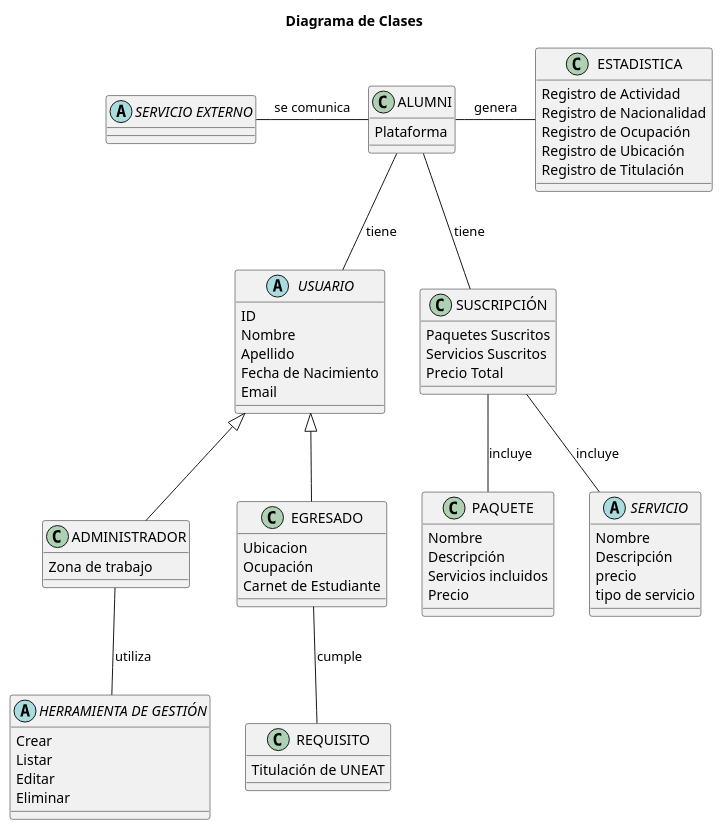
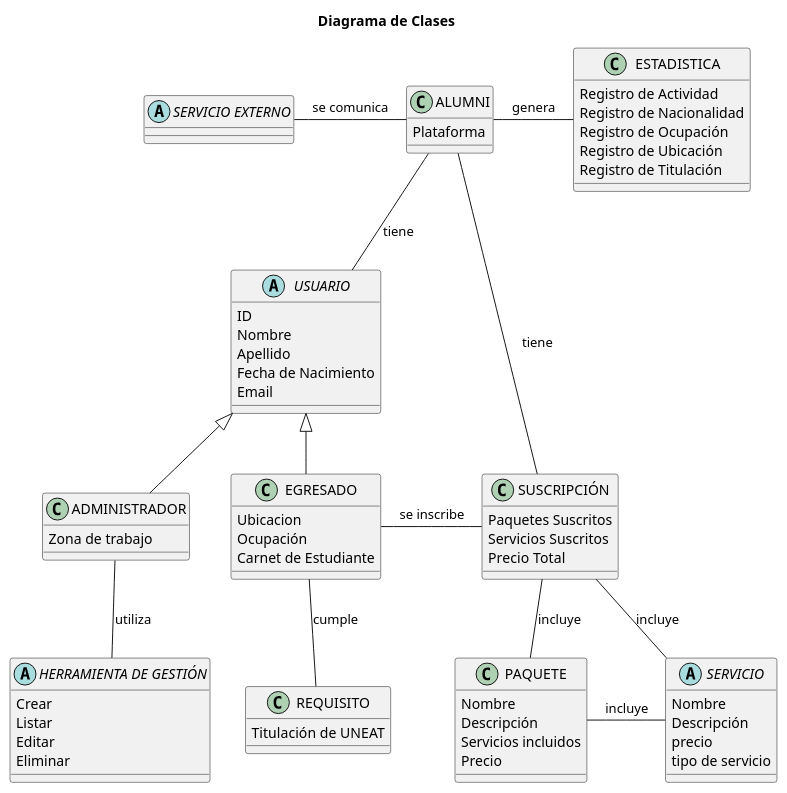
One commit to mmasias/23-24-IdSw1-SDR changed the diagram in Modelos_de_Dominio/Modelos_Finales/Tercera_Iteración/Diagrama_de_Clases/Diagrama_de_Clases.puml. Above: the diagram before and after it, drawn with PlantUML.

Commit message:
added quick changes

```diff
--- a/Modelos_de_Dominio/Modelos_Finales/Tercera_Iteración/Diagrama_de_Clases/Diagrama_de_Clases.puml
+++ b/Modelos_de_Dominio/Modelos_Finales/Tercera_Iteración/Diagrama_de_Clases/Diagrama_de_Clases.puml
@@ -1,94 +1,96 @@
 @startuml AumniClasses
 
 title Diagrama de Clases
 
 '!theme amiga
 skinparam backgroundColor white
 skinparam defaultFontName Arial
 
 class ALUMNI 
 {
    Plataforma
 }
 
 abstract "SERVICIO EXTERNO" {}
 
 abstract USUARIO 
 {
     ID
     Nombre 
     Apellido
     Fecha de Nacimiento
     Email
 }
 
 class EGRESADO 
 {
     Ubicacion
     Ocupación
     Carnet de Estudiante
 }
 
 class ADMINISTRADOR 
 {
     Zona de trabajo
 }
 
 class REQUISITO 
 {
     Titulación de UNEAT
 }
 
 class ESTADISTICA 
 {
     Registro de Actividad
     Registro de Nacionalidad
     Registro de Ocupación
     Registro de Ubicación
     Registro de Titulación
 
 }
 
 class SUSCRIPCIÓN 
 {
     Paquetes Suscritos
     Servicios Suscritos
     Precio Total
 }
 
 class PAQUETE
 {
     Nombre
     Descripción
     Servicios incluidos
     Precio
 }
 
 abstract SERVICIO 
 {
     Nombre 
     Descripción
     precio
     tipo de servicio
 }
 
 abstract "HERRAMIENTA DE GESTIÓN" 
 {
     Crear
     Listar
     Editar
     Eliminar
 }
 
 ALUMNI -- USUARIO : tiene
 ALUMNI - ESTADISTICA : genera
 SUSCRIPCIÓN -up- ALUMNI : tiene
 ALUMNI -left- "SERVICIO EXTERNO" : se comunica
 SUSCRIPCIÓN -- SERVICIO : incluye
 EGRESADO -- REQUISITO : cumple
 SUSCRIPCIÓN -- PAQUETE : incluye
+EGRESADO - SUSCRIPCIÓN : se inscribe
+PAQUETE - SERVICIO : incluye
 USUARIO <|-- EGRESADO
 USUARIO <|-- ADMINISTRADOR
 "HERRAMIENTA DE GESTIÓN" -up- ADMINISTRADOR : utiliza
 
 @enduml
```
